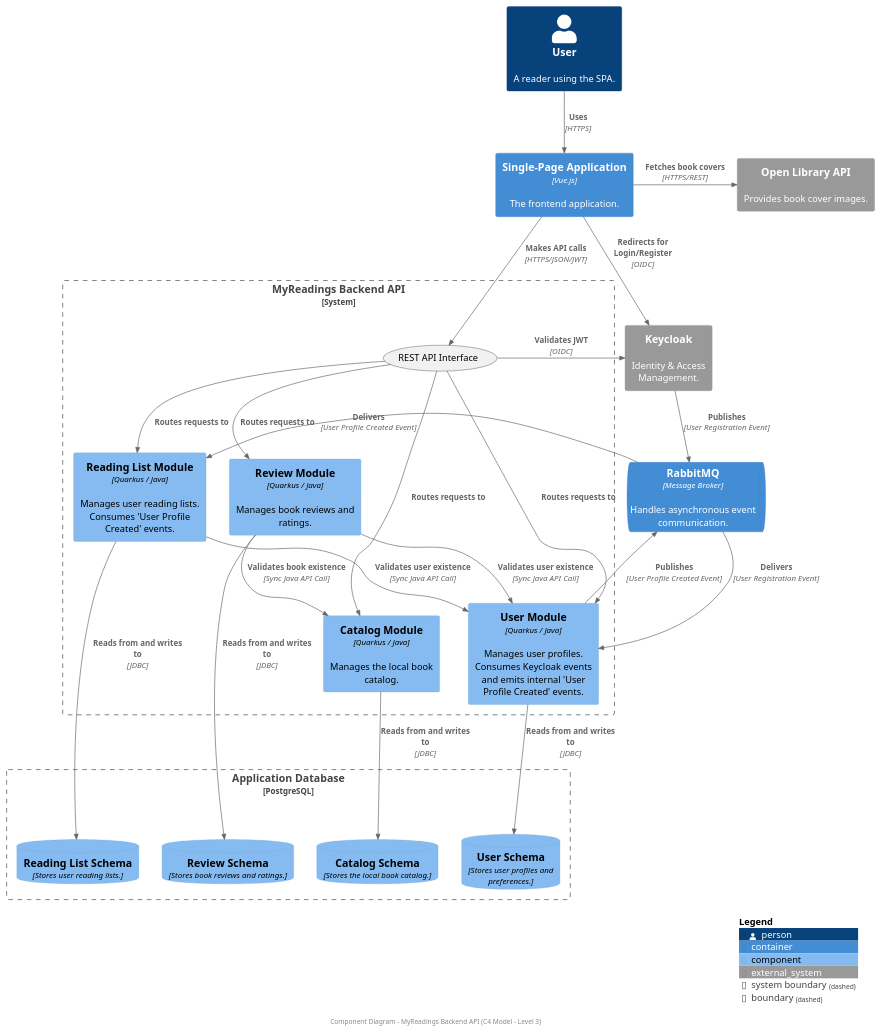
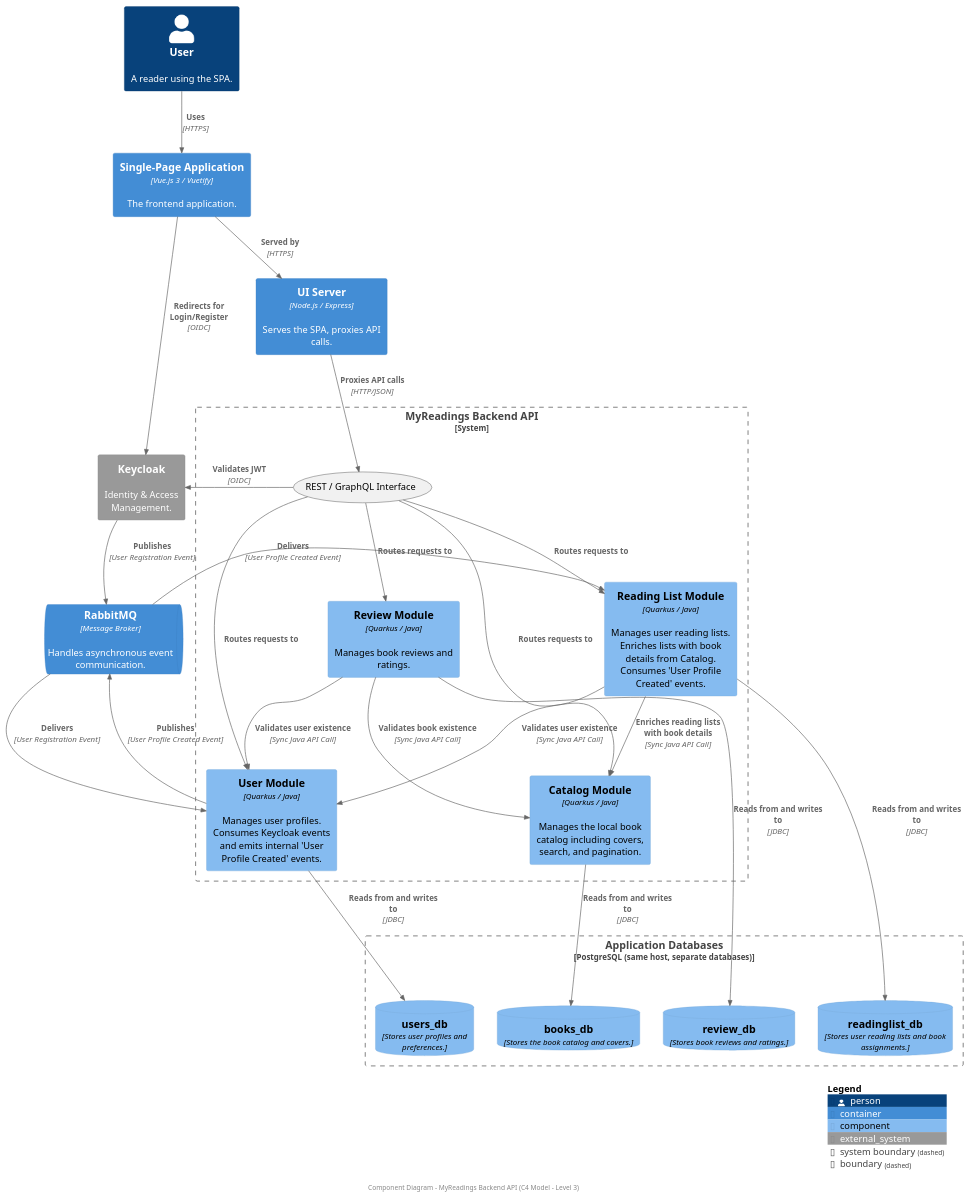
One commit to too-common-name/myreadings changed the diagram in doc/C4/l3-component.puml. Above: the diagram before and after it, drawn with PlantUML. The commit also changed 7 other files, not shown here.

```diff
--- a/doc/C4/l3-component.puml
+++ b/doc/C4/l3-component.puml
@@ -1,56 +1,57 @@
 @startuml
 !include https://raw.githubusercontent.com/kirchsth/C4-PlantUML/extended/C4_Component.puml
 
 Person(User, "User", "A reader using the SPA.")
-Container(SPA, "Single-Page Application", "Vue.js", "The frontend application.")
-System_Ext(OpenLibraryAPI, "Open Library API", "Provides book cover images.")
+Container(SPA, "Single-Page Application", "Vue.js 3 / Vuetify", "The frontend application.")
+Container(NodeServer, "UI Server", "Node.js / Express", "Serves the SPA, proxies API calls.")
 System_Ext(Keycloak, "Keycloak", "Identity & Access Management.")
 ContainerQueue(RabbitMQ, "RabbitMQ", "Message Broker", "Handles asynchronous event communication.")
 
 System_Boundary(b, "MyReadings Backend API") {
 
-    usecase "REST API Interface" as ApiInterface 
+    usecase "REST / GraphQL Interface" as ApiInterface
 
     Component(UserModule, "User Module", "Quarkus / Java", "Manages user profiles. Consumes Keycloak events and emits internal 'User Profile Created' events.")
-    Component(CatalogModule, "Catalog Module", "Quarkus / Java", "Manages the local book catalog.")
-    Component(ReadingListModule, "Reading List Module", "Quarkus / Java", "Manages user reading lists. Consumes 'User Profile Created' events.")
+    Component(CatalogModule, "Catalog Module", "Quarkus / Java", "Manages the local book catalog including covers, search, and pagination.")
+    Component(ReadingListModule, "Reading List Module", "Quarkus / Java", "Manages user reading lists. Enriches lists with book details from Catalog. Consumes 'User Profile Created' events.")
     Component(ReviewModule, "Review Module", "Quarkus / Java", "Manages book reviews and ratings.")
 
 }
 
-Boundary(db, "Application Database", "PostgreSQL") {
-    ComponentDb(UserSchema, "User Schema", "Stores user profiles and preferences.")
-    ComponentDb(CatalogSchema, "Catalog Schema", "Stores the local book catalog.")
-    ComponentDb(ReadingListSchema, "Reading List Schema", "Stores user reading lists.")
-    ComponentDb(ReviewSchema, "Review Schema", "Stores book reviews and ratings.")
+Boundary(db, "Application Databases", "PostgreSQL (same host, separate databases)") {
+    ComponentDb(UserSchema, "users_db", "Stores user profiles and preferences.")
+    ComponentDb(CatalogSchema, "books_db", "Stores the book catalog and covers.")
+    ComponentDb(ReadingListSchema, "readinglist_db", "Stores user reading lists and book assignments.")
+    ComponentDb(ReviewSchema, "review_db", "Stores book reviews and ratings.")
 }
 
 Rel_D(User, SPA, "Uses", "HTTPS")
-Rel_D(SPA, ApiInterface, "Makes API calls", "HTTPS/JSON/JWT")
+Rel_D(SPA, NodeServer, "Served by", "HTTPS")
+Rel_D(NodeServer, ApiInterface, "Proxies API calls", "HTTP/JSON")
 
 Rel_R(ApiInterface, Keycloak, "Validates JWT", "OIDC")
 Rel_D(ApiInterface, UserModule, "Routes requests to")
 Rel_D(ApiInterface, CatalogModule, "Routes requests to")
 Rel_D(ApiInterface, ReadingListModule, "Routes requests to")
 Rel_D(ApiInterface, ReviewModule, "Routes requests to")
 
-Rel_R(SPA, OpenLibraryAPI, "Fetches book covers", "HTTPS/REST")
 Rel_R(SPA, Keycloak, "Redirects for Login/Register", "OIDC")
 
 Rel(Keycloak, RabbitMQ, "Publishes", "User Registration Event")
 Rel_R(RabbitMQ, UserModule, "Delivers", "User Registration Event")
 Rel_L(UserModule, RabbitMQ, "Publishes", "User Profile Created Event")
 Rel_R(RabbitMQ, ReadingListModule, "Delivers", "User Profile Created Event")
 
 Rel(ReadingListModule, UserModule, "Validates user existence", "Sync Java API Call")
+Rel(ReadingListModule, CatalogModule, "Enriches reading lists\nwith book details", "Sync Java API Call")
 Rel(ReviewModule, UserModule, "Validates user existence", "Sync Java API Call")
 Rel(ReviewModule, CatalogModule, "Validates book existence", "Sync Java API Call")
 
 Rel_D(UserModule, UserSchema, "Reads from and writes to", "JDBC")
 Rel_D(CatalogModule, CatalogSchema, "Reads from and writes to", "JDBC")
 Rel_D(ReadingListModule, ReadingListSchema, "Reads from and writes to", "JDBC")
 Rel_D(ReviewModule, ReviewSchema, "Reads from and writes to", "JDBC")
 
 SHOW_LEGEND()
 footer Component Diagram - MyReadings Backend API (C4 Model - Level 3)
 @enduml
```
